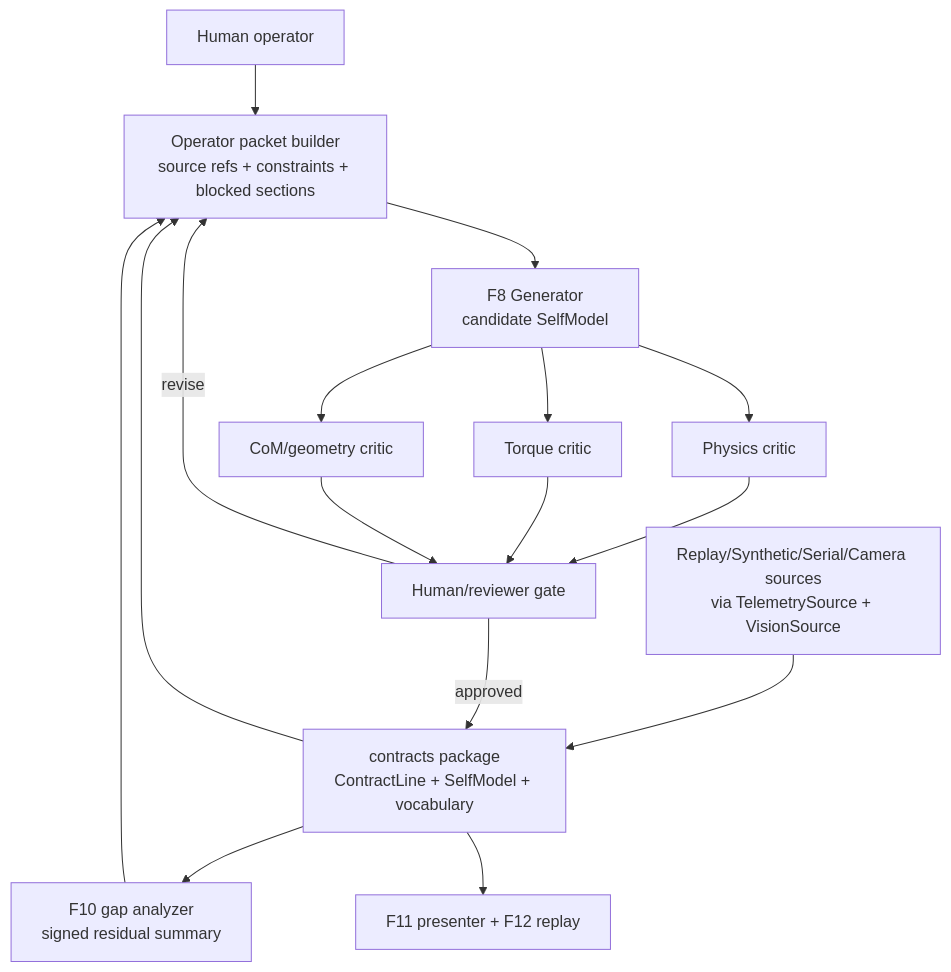
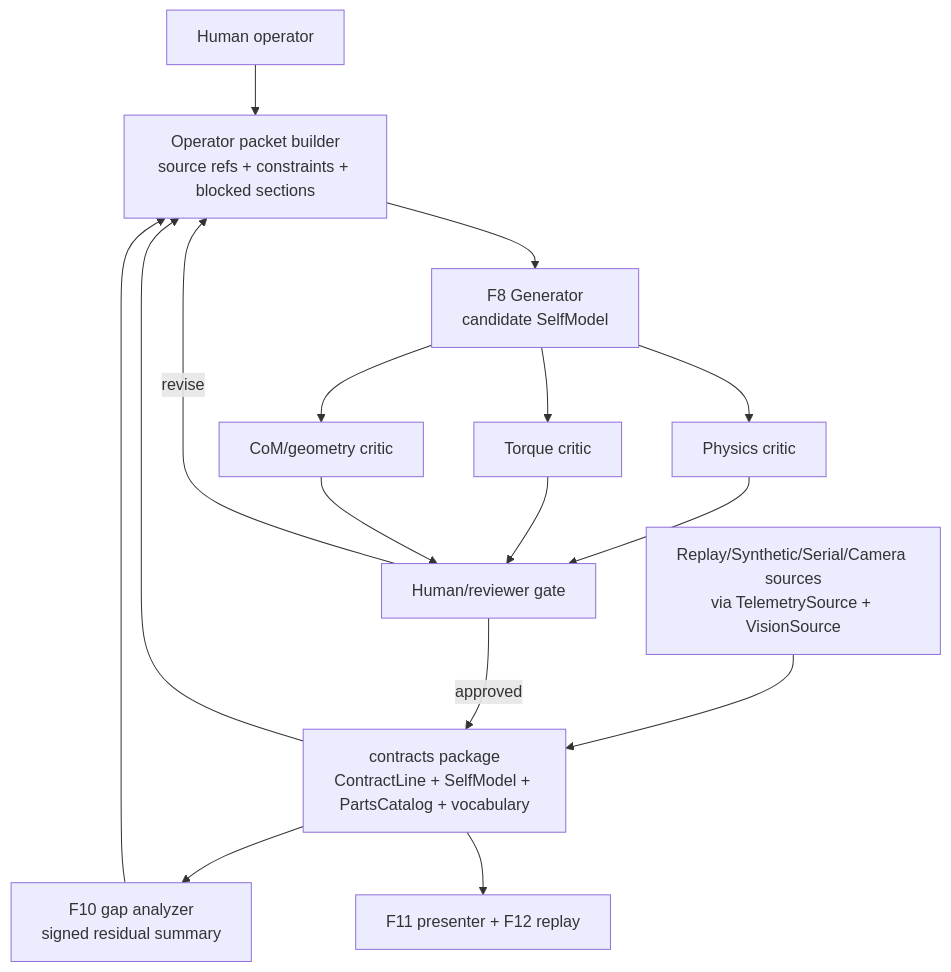
Before and after one commit to codewizard-dt/llm-self-model-capstone: the diagram in operator/docs/llm_critic_architecture.md, drawn with Mermaid. The commit also changed other lines of this file and 6 other files, not shown here.

````diff
--- a/operator/docs/llm_critic_architecture.md
+++ b/operator/docs/llm_critic_architecture.md
@@ -47,30 +50,30 @@
 ```mermaid
 flowchart TD
   Human["Human operator"]
-  Contracts["contracts package<br/>ContractLine + SelfModel + vocabulary"]
+  Contracts["contracts package<br/>ContractLine + SelfModel + PartsCatalog + vocabulary"]
   Sources["Replay/Synthetic/Serial/Camera sources<br/>via TelemetrySource + VisionSource"]
   Gap["F10 gap analyzer<br/>signed residual summary"]
   Packet["Operator packet builder<br/>source refs + constraints + blocked sections"]
   Generator["F8 Generator<br/>candidate SelfModel"]
   Phys["Physics critic"]
   Torque["Torque critic"]
   Geometry["CoM/geometry critic"]
   Gate["Human/reviewer gate"]
   Presenter["F11 presenter + F12 replay"]
 
   Sources --> Contracts
   Contracts --> Gap
   Contracts --> Packet
   Gap --> Packet
   Human --> Packet
   Packet --> Generator
   Generator --> Phys
   Generator --> Torque
   Generator --> Geometry
   Phys --> Gate
   Torque --> Gate
   Geometry --> Gate
   Gate -->|approved| Contracts
   Gate -->|revise| Packet
   Contracts --> Presenter
 ```
````
